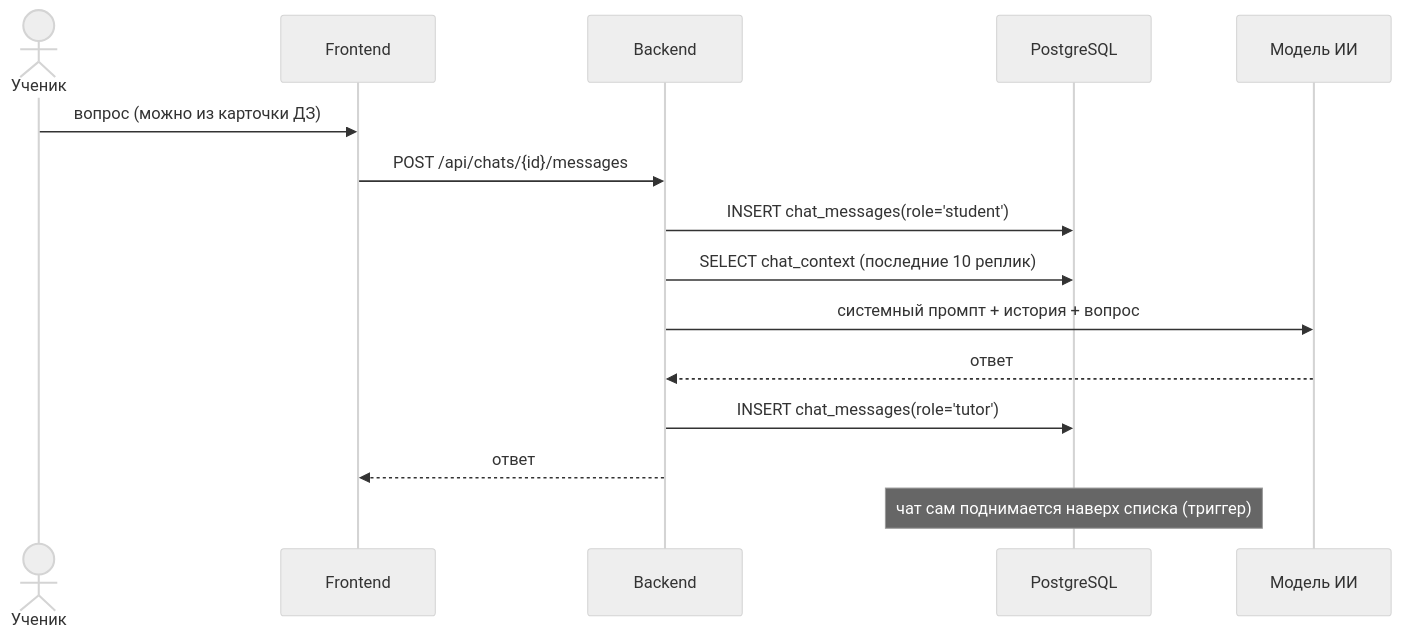
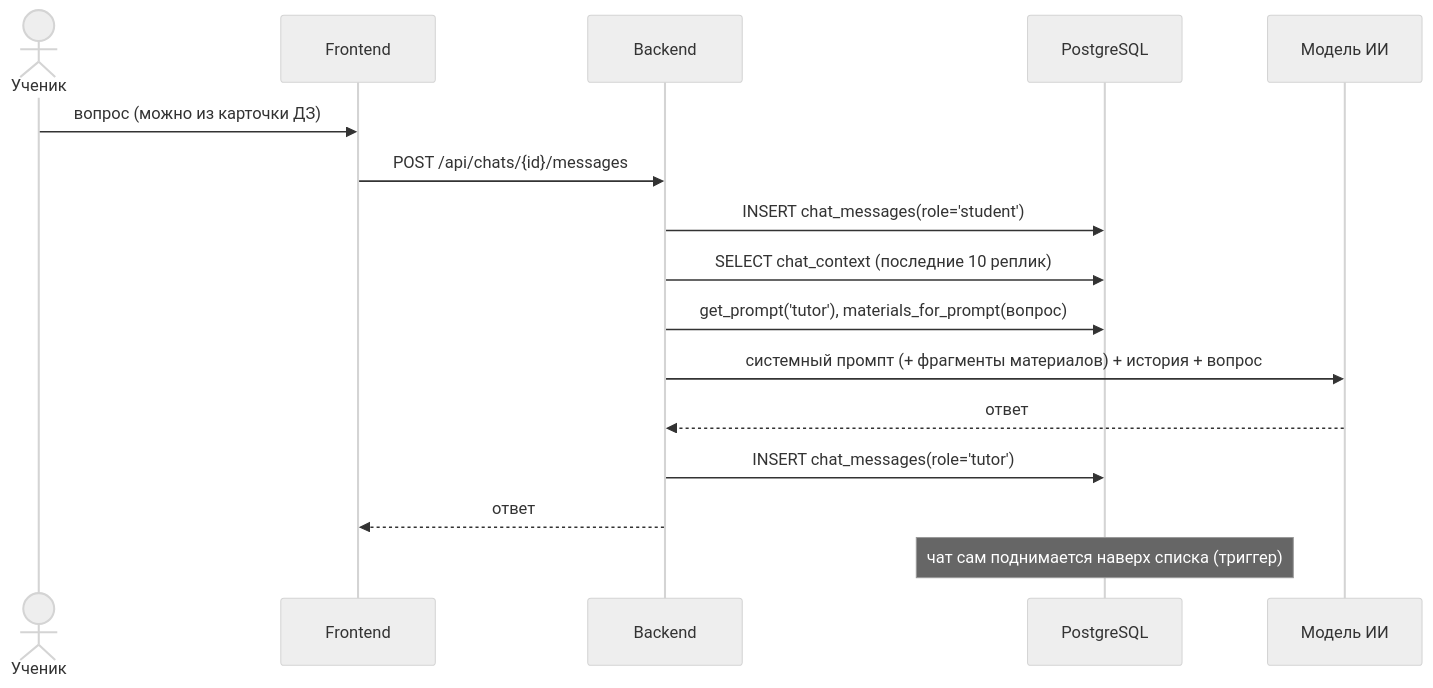
Before and after one commit to two-bits1/LekseRadar: the fifth of 8 diagrams in docs/ARCHITECTURE.md, drawn with Mermaid (neutral theme). The commit also changed other lines of this file, not shown here.

First line of the commit message:
docs: ARCHITECTURE — промпты и материалы тьютора в схеме, API и порядке работы

````diff
--- a/docs/ARCHITECTURE.md
+++ b/docs/ARCHITECTURE.md
@@ -119,17 +122,18 @@
 ```mermaid
 sequenceDiagram
     actor U as Ученик
     participant F as Frontend
     participant B as Backend
     participant D as PostgreSQL
     participant L as Модель ИИ
     U->>F: вопрос (можно из карточки ДЗ)
     F->>B: POST /api/chats/{id}/messages
     B->>D: INSERT chat_messages(role='student')
     B->>D: SELECT chat_context (последние 10 реплик)
-    B->>L: системный промпт + история + вопрос
+    B->>D: get_prompt('tutor'), materials_for_prompt(вопрос)
+    B->>L: системный промпт (+ фрагменты материалов) + история + вопрос
     L-->>B: ответ
     B->>D: INSERT chat_messages(role='tutor')
     B-->>F: ответ
     Note over D: чат сам поднимается наверх списка (триггер)
 ```
````
